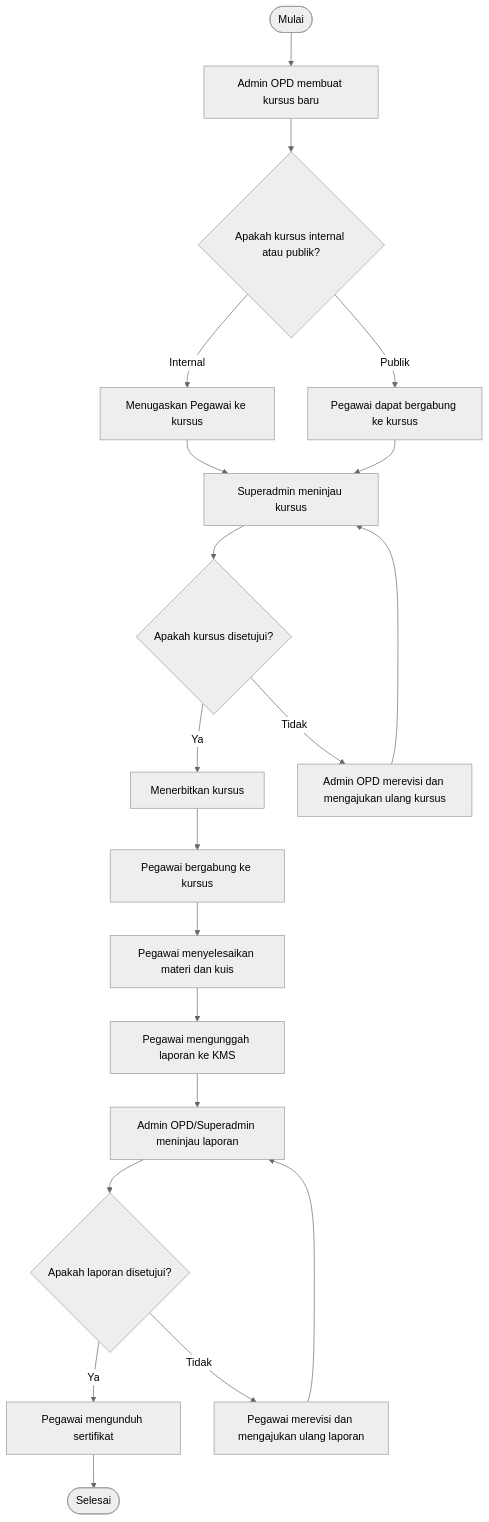
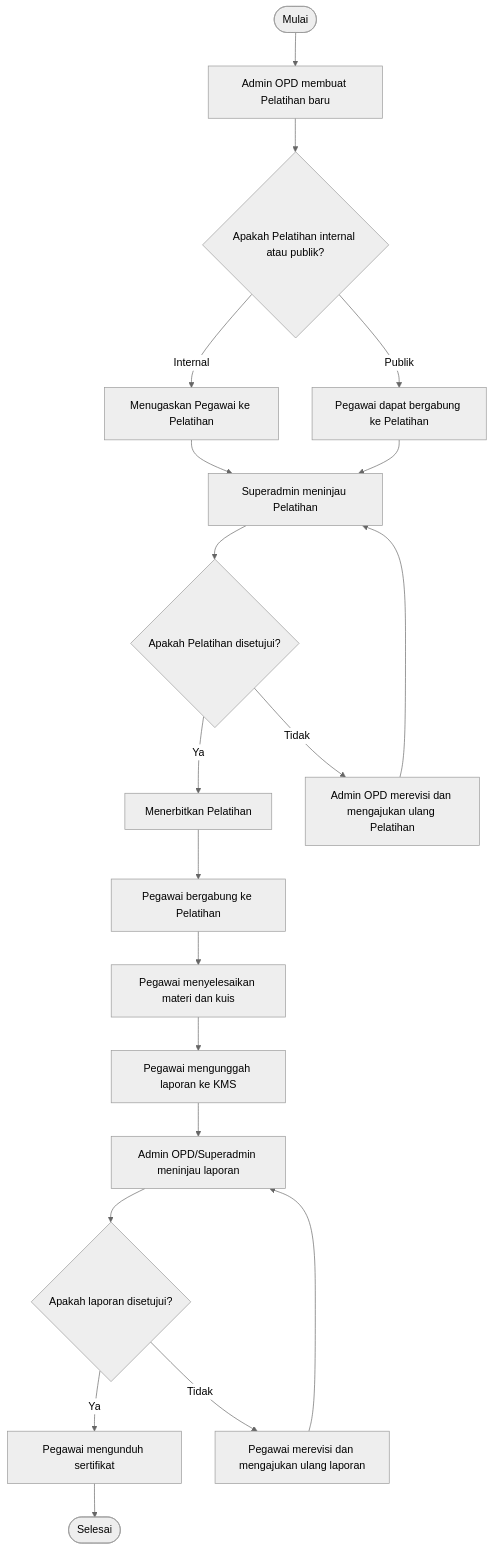
The diagram in docs/flowchartCourse.md (pepypeppep/blc), drawn with Mermaid (neutral theme) before and after one commit. The commit also changed 7 other files, not shown here.

````diff
--- a/docs/flowchartCourse.md
+++ b/docs/flowchartCourse.md
@@ -3,22 +3,22 @@
 ```mermaid
 flowchart TD
-    A(["Mulai"]) --> B["Admin OPD membuat kursus baru"]
-    B --> C{"Apakah kursus internal atau publik?"}
-    C -- Internal --> D["Menugaskan Pegawai ke kursus"]
-    C -- Publik --> E["Pegawai dapat bergabung ke kursus"]
-    D --> F["Superadmin meninjau kursus"]
+    A(["Mulai"]) --> B["Admin OPD membuat Pelatihan baru"]
+    B --> C{"Apakah Pelatihan internal atau publik?"}
+    C -- Internal --> D["Menugaskan Pegawai ke Pelatihan"]
+    C -- Publik --> E["Pegawai dapat bergabung ke Pelatihan"]
+    D --> F["Superadmin meninjau Pelatihan"]
     E --> F
-    F --> G{"Apakah kursus disetujui?"}
-    G -- Ya --> H["Menerbitkan kursus"]
-    G -- Tidak --> I["Admin OPD merevisi dan mengajukan ulang kursus"]
+    F --> G{"Apakah Pelatihan disetujui?"}
+    G -- Ya --> H["Menerbitkan Pelatihan"]
+    G -- Tidak --> I["Admin OPD merevisi dan mengajukan ulang Pelatihan"]
     I --> F
-    H --> J["Pegawai bergabung ke kursus"]
+    H --> J["Pegawai bergabung ke Pelatihan"]
     J --> K["Pegawai menyelesaikan materi dan kuis"]
     K --> L["Pegawai mengunggah laporan ke KMS"]
     L --> M["Admin OPD/Superadmin meninjau laporan"]
     M --> N{"Apakah laporan disetujui?"}
     N -- Ya --> O["Pegawai mengunduh sertifikat"]
     N -- Tidak --> P["Pegawai merevisi dan mengajukan ulang laporan"]
     P --> M
     O --> Q(["Selesai"])
 ```
````
